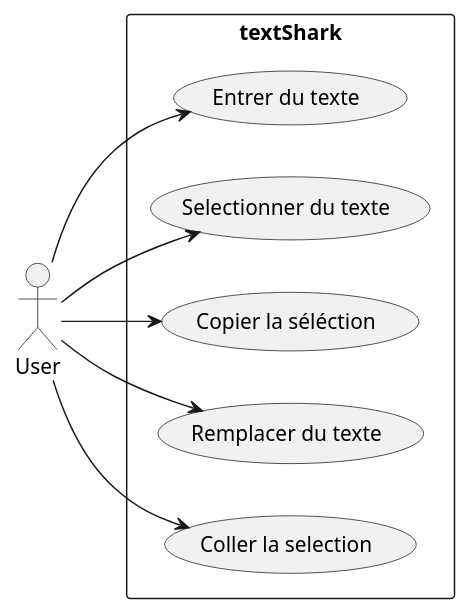
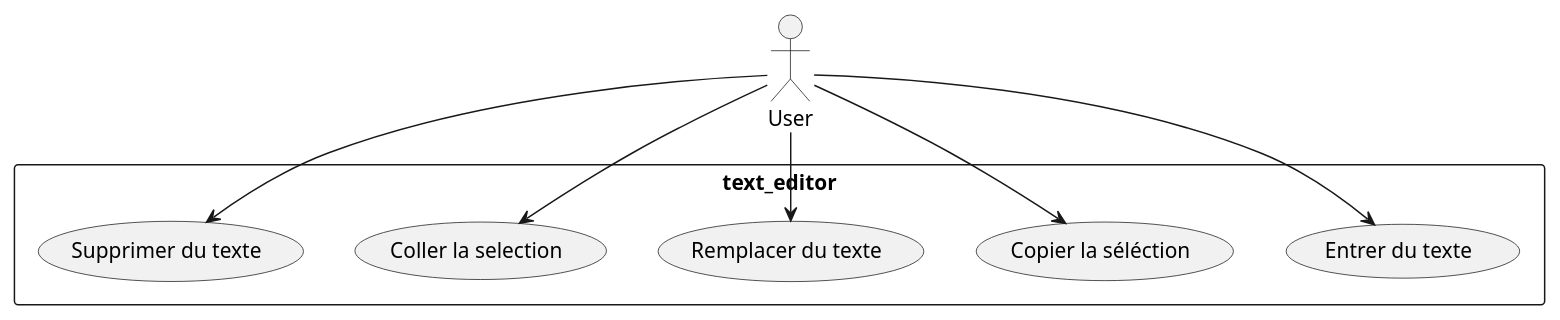
One commit to Camille-Molinier/text-editor changed the diagram in V1/Conception/UseCase.puml. Above: the diagram before and after it, drawn with PlantUML. The commit also changed 8 other files, not shown here.

```diff
--- a/V1/Conception/UseCase.puml
+++ b/V1/Conception/UseCase.puml
@@ -1,24 +1,24 @@
 @startuml
 'https://plantuml.com/use-case-diagram
 
-left to right direction
+'left to right direction
 skinparam packageStyle rect
 skinparam shadowing false
 
 actor User
 
-rectangle textShark {
+rectangle text_editor {
     usecase "Entrer du texte" as txt
-    usecase "Selectionner du texte" as select
+    usecase "Supprimer du texte" as select
     usecase "Copier la séléction" as cp
     usecase "Coller la selection" as paste
     usecase "Remplacer du texte" as replace
 }
 
 User -> txt
-User -> select
+User --> select
 User -> cp
 User -> replace
-User --> paste
+User -> paste
 
 @enduml
```
